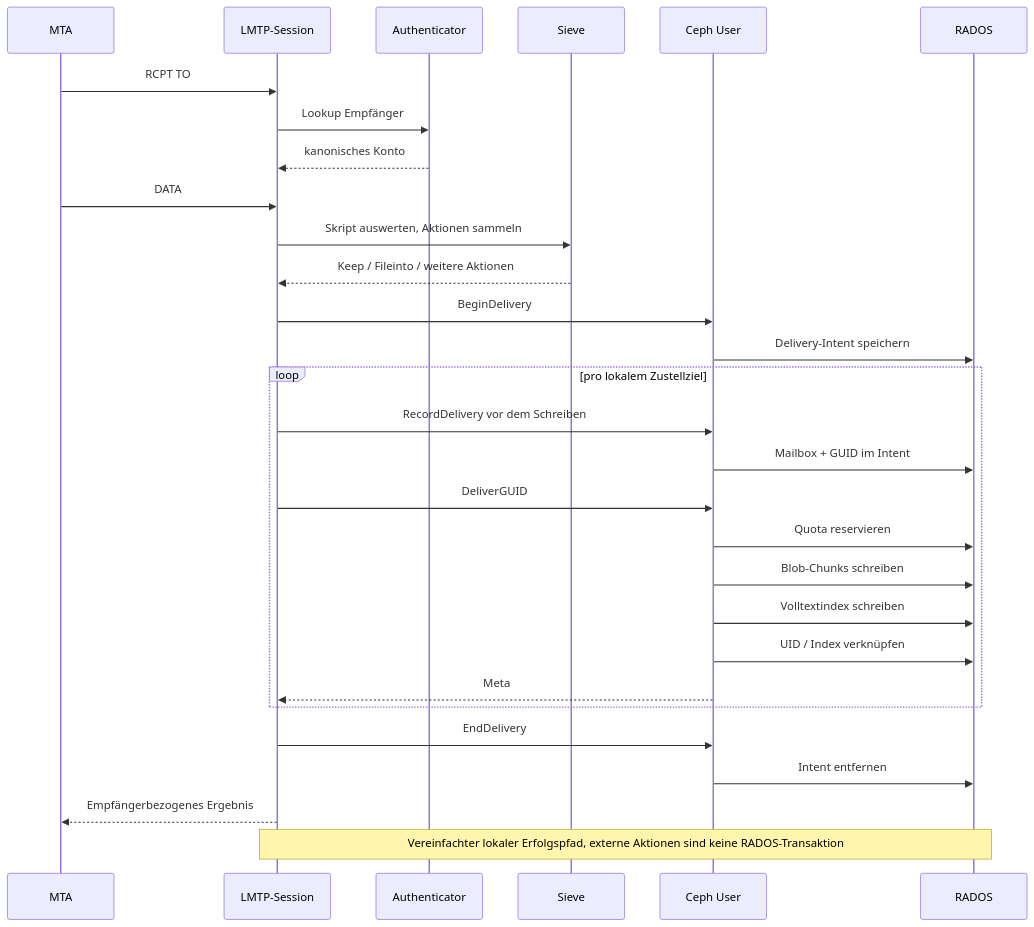
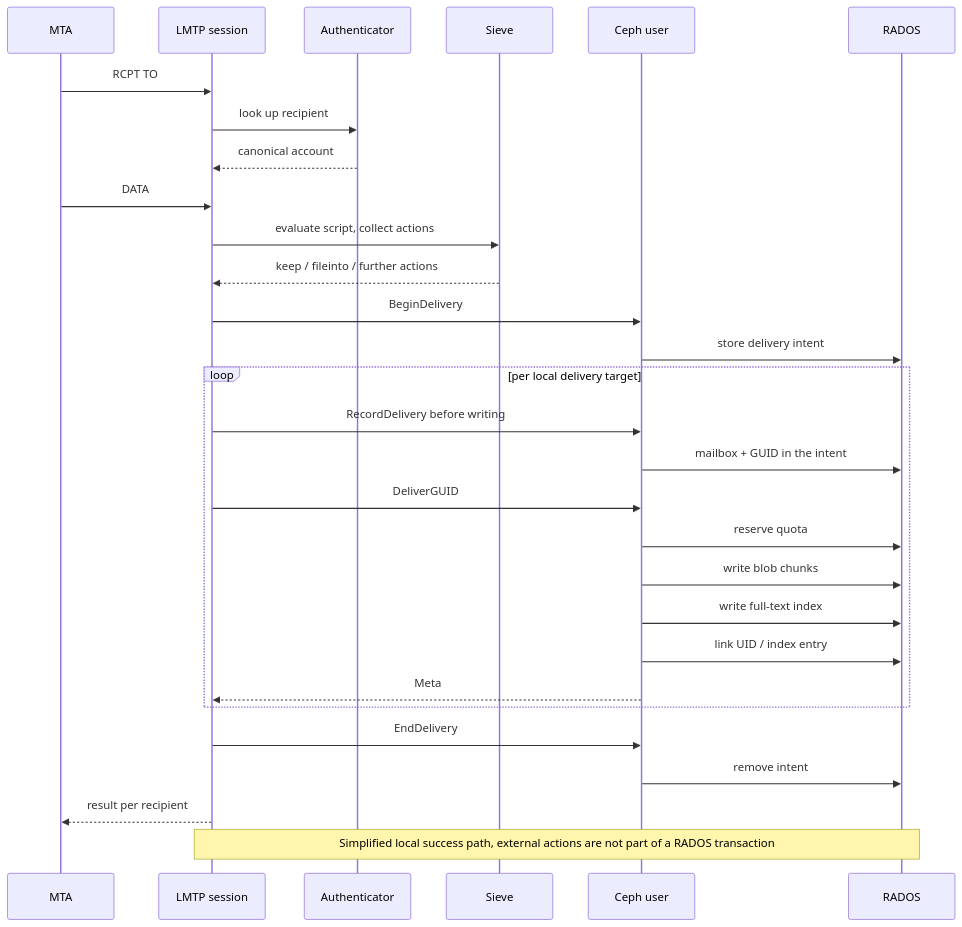
One commit to croessner/shardpost changed the diagram in docs/diagrams/delivery.mmd. Above: the diagram before and after it, drawn with Mermaid. The commit also changed 19 other files, not shown here.

First line of the commit message:
docs: fix reference discrepancies, translate the old diagrams

```diff
--- a/docs/diagrams/delivery.mmd
+++ b/docs/diagrams/delivery.mmd
@@ -1,29 +1,29 @@
 sequenceDiagram
     participant M as MTA
-    participant L as LMTP-Session
+    participant L as LMTP session
     participant A as Authenticator
     participant V as Sieve
-    participant U as Ceph User
+    participant U as Ceph user
     participant R as RADOS
     M->>L: RCPT TO
-    L->>A: Lookup Empfänger
-    A-->>L: kanonisches Konto
+    L->>A: look up recipient
+    A-->>L: canonical account
     M->>L: DATA
-    L->>V: Skript auswerten, Aktionen sammeln
-    V-->>L: Keep / Fileinto / weitere Aktionen
+    L->>V: evaluate script, collect actions
+    V-->>L: keep / fileinto / further actions
     L->>U: BeginDelivery
-    U->>R: Delivery-Intent speichern
-    loop pro lokalem Zustellziel
-        L->>U: RecordDelivery vor dem Schreiben
-        U->>R: Mailbox + GUID im Intent
+    U->>R: store delivery intent
+    loop per local delivery target
+        L->>U: RecordDelivery before writing
+        U->>R: mailbox + GUID in the intent
         L->>U: DeliverGUID
-        U->>R: Quota reservieren
-        U->>R: Blob-Chunks schreiben
-        U->>R: Volltextindex schreiben
-        U->>R: UID / Index verknüpfen
+        U->>R: reserve quota
+        U->>R: write blob chunks
+        U->>R: write full-text index
+        U->>R: link UID / index entry
         U-->>L: Meta
     end
     L->>U: EndDelivery
-    U->>R: Intent entfernen
-    L-->>M: Empfängerbezogenes Ergebnis
-    Note over L,R: Vereinfachter lokaler Erfolgspfad, externe Aktionen sind keine RADOS-Transaktion
+    U->>R: remove intent
+    L-->>M: result per recipient
+    Note over L,R: Simplified local success path, external actions are not part of a RADOS transaction
```
